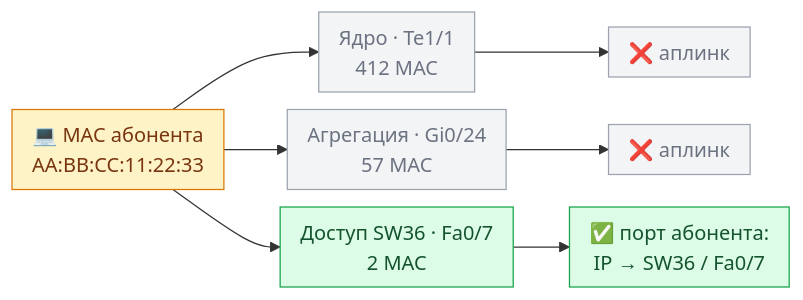
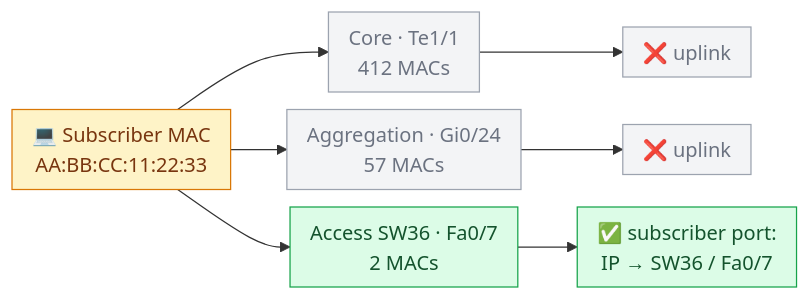
One commit to Madly222/MCPforMonitoring changed the fourth of 4 diagrams in docs/features/06a-netbox-mac-sync.md. Above: the diagram before and after it, drawn with Mermaid. The commit also changed other lines of this file and 37 other files, not shown here.

````diff
--- a/docs/features/06a-netbox-mac-sync.md
+++ b/docs/features/06a-netbox-mac-sync.md
@@ -115,15 +115,15 @@
 ```mermaid
 %%{init: {"flowchart": {"nodeSpacing": 14, "rankSpacing": 45, "curve": "basis", "padding": 8, "wrappingWidth": 260}}}%%
 flowchart LR
-    MAC["💻 MAC абонента<br/>AA:BB:CC:11:22:33"]:::auto
-    MAC --> P1["Ядро · Te1/1<br/>412 MAC"]:::skip
-    MAC --> P2["Агрегация · Gi0/24<br/>57 MAC"]:::skip
-    MAC --> P3["Доступ SW36 · Fa0/7<br/>2 MAC"]:::win
-    P1 --> X1["❌ аплинк"]:::skip
-    P2 --> X2["❌ аплинк"]:::skip
-    P3 --> OK["✅ порт абонента:<br/>IP → SW36 / Fa0/7"]:::win
+    MAC["💻 Subscriber MAC<br/>AA:BB:CC:11:22:33"]:::auto
+    MAC --> P1["Core · Te1/1<br/>412 MACs"]:::skip
+    MAC --> P2["Aggregation · Gi0/24<br/>57 MACs"]:::skip
+    MAC --> P3["Access SW36 · Fa0/7<br/>2 MACs"]:::win
+    P1 --> X1["❌ uplink"]:::skip
+    P2 --> X2["❌ uplink"]:::skip
+    P3 --> OK["✅ subscriber port:<br/>IP → SW36 / Fa0/7"]:::win
 
     classDef auto fill:#fef3c7,stroke:#d97706,color:#78350f
     classDef skip fill:#f3f4f6,stroke:#9ca3af,color:#6b7280
     classDef win  fill:#dcfce7,stroke:#16a34a,color:#14532d
 ```
````
